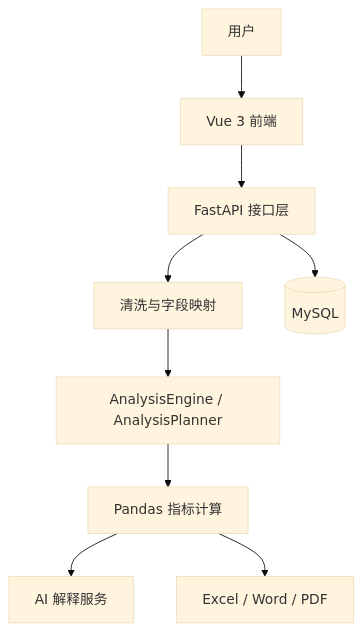
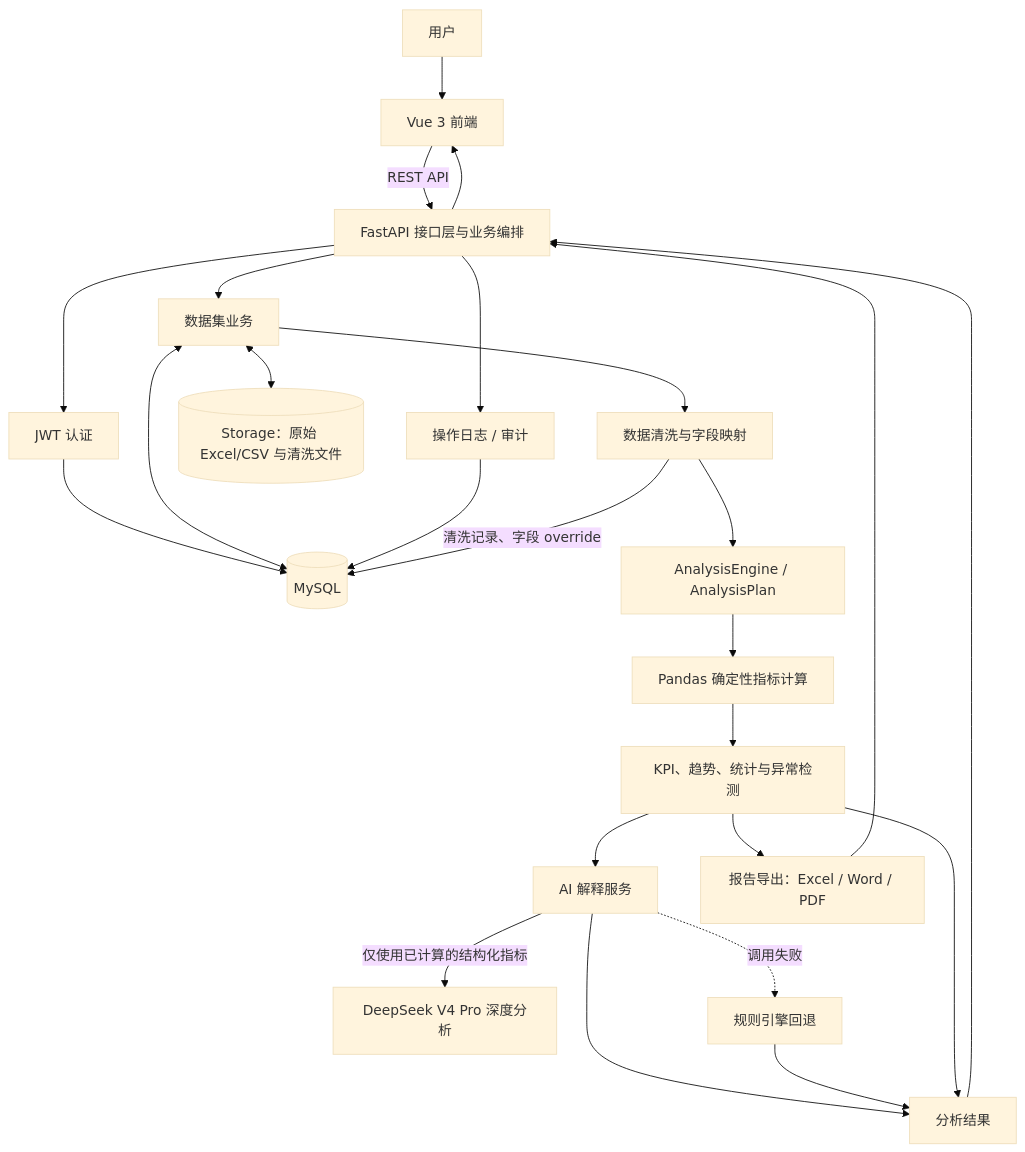
Before and after one commit to ican0506/ai-business-data-analysis-assistant: the diagram in README.md, drawn with Mermaid (base theme).

Commit message:
docs: update system architecture diagram

````diff
--- a/README.md
+++ b/README.md
@@ -27,11 +27,31 @@
 ```mermaid
 flowchart TD
   U[用户] --> V[Vue 3 前端]
-  V --> F[FastAPI 接口层]
-  F --> C[清洗与字段映射]
-  C --> E[AnalysisEngine / AnalysisPlanner]
-  E --> P[Pandas 指标计算]
-  P --> A[AI 解释服务]
-  P --> R[Excel / Word / PDF]
-  F --> M[(MySQL)]
+  V -->|REST API| F[FastAPI 接口层与业务编排]
+
+  F --> J[JWT 认证]
+  F --> D[数据集业务]
+  F --> O[操作日志 / 审计]
+  J --> M[(MySQL)]
+  D <--> M
+  O --> M
+
+  D <--> S[(Storage：原始 Excel/CSV 与清洗文件)]
+  D --> C[数据清洗与字段映射]
+  C -->|清洗记录、字段 override| M
+  C --> E[AnalysisEngine / AnalysisPlan]
+  E --> P[Pandas 确定性指标计算]
+  P --> K[KPI、趋势、统计与异常检测]
+
+  K --> A[AI 解释服务]
+  A -->|仅使用已计算的结构化指标| DS[DeepSeek V4 Pro 深度分析]
+  A -. 调用失败 .-> RF[规则引擎回退]
+  K --> R[报告导出：Excel / Word / PDF]
+
+  A --> X[分析结果]
+  RF --> X
+  K --> X
+  X --> F
+  R --> F
+  F --> V
 ```
````
